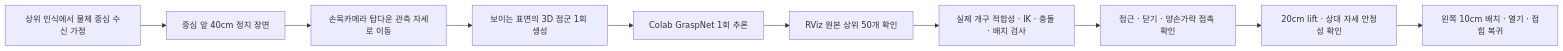
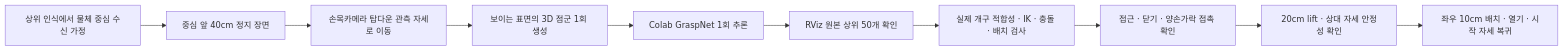
Before and after one commit to kimsh039/INHA-RoboCup-Home-2th-2027: the diagram in simulation/mujoco/README.md, drawn with Mermaid. The commit also changed other lines of this file and 560 other files, not shown here.

````diff
--- a/simulation/mujoco/README.md
+++ b/simulation/mujoco/README.md
@@ -63,12 +65,12 @@
 ```mermaid
 flowchart LR
     A[상위 인식에서 물체 중심 수신 가정] --> B[중심 앞 40cm 정지 장면]
     B --> C[손목카메라 탑다운 관측 자세로 이동]
     C --> D[보이는 표면의 3D 점군 1회 생성]
     D --> E[Colab GraspNet 1회 추론]
     E --> F[RViz 원본 상위 50개 확인]
     F --> G[실제 개구 적합성 · IK · 충돌 · 배치 검사]
     G --> H[접근 · 닫기 · 양손가락 접촉 확인]
     H --> I[20cm lift · 상대 자세 안정성 확인]
-    I --> J[왼쪽 10cm 배치 · 열기 · 접힘 복귀]
+    I --> J[좌우 10cm 배치 · 열기 · 시작 자세 복귀]
 ```
````
